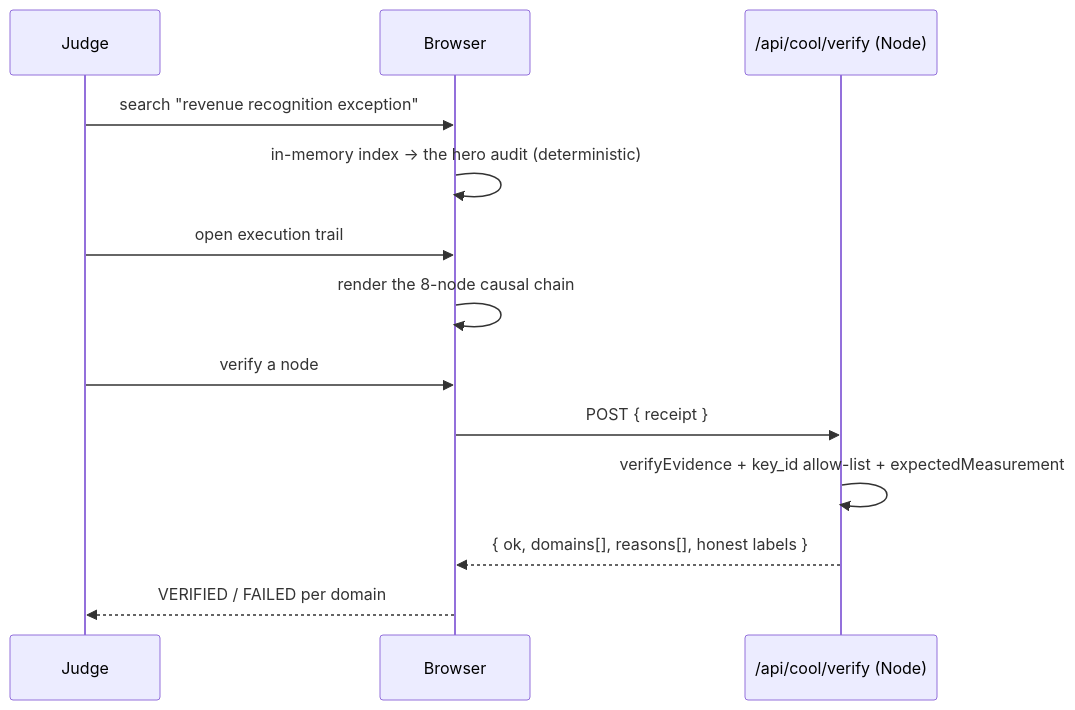
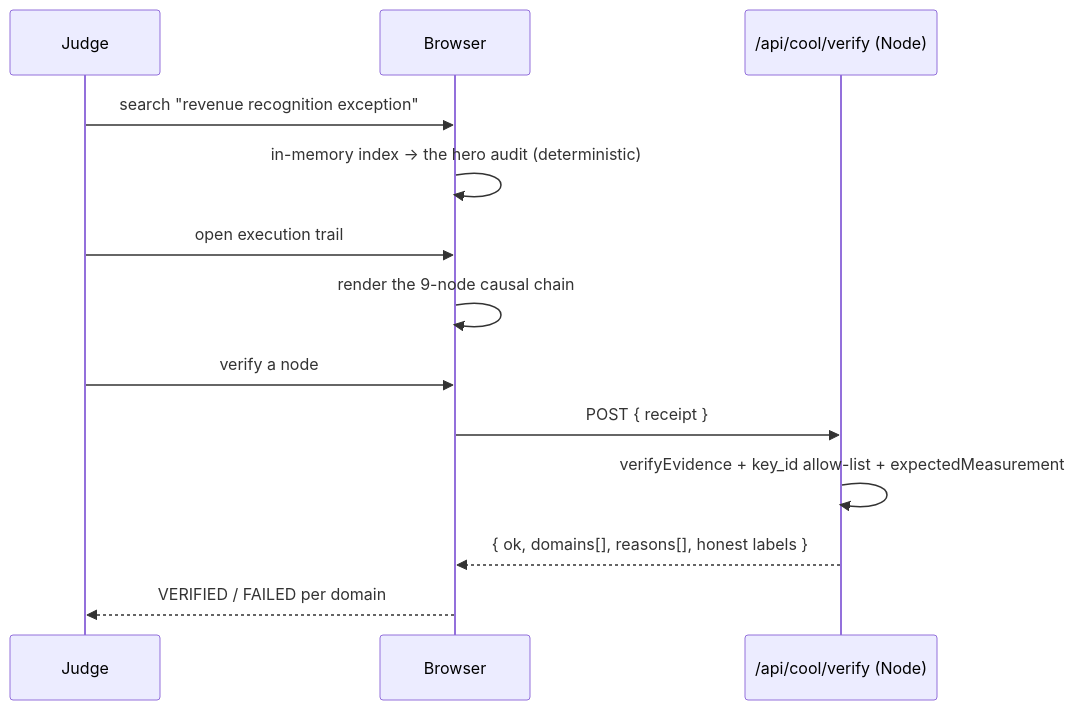
One commit to Gaurav8302/VeriAudit changed the third of 3 diagrams in docs/ARCHITECTURE.md. Above: the diagram before and after it, drawn with Mermaid. The commit also changed other lines of this file and 98 other files, not shown here.

````diff
--- a/docs/ARCHITECTURE.md
+++ b/docs/ARCHITECTURE.md
@@ -339,16 +430,16 @@
 ```mermaid
 sequenceDiagram
   participant U as Judge
   participant C as Browser
   participant V as /api/cool/verify (Node)
 
   U->>C: search "revenue recognition exception"
   C->>C: in-memory index → the hero audit (deterministic)
   U->>C: open execution trail
-  C->>C: render the 8-node causal chain
+  C->>C: render the 9-node causal chain
   U->>C: verify a node
   C->>V: POST { receipt }
   V->>V: verifyEvidence + key_id allow-list + expectedMeasurement
   V-->>C: { ok, domains[], reasons[], honest labels }
   C-->>U: VERIFIED / FAILED per domain
 ```
````
